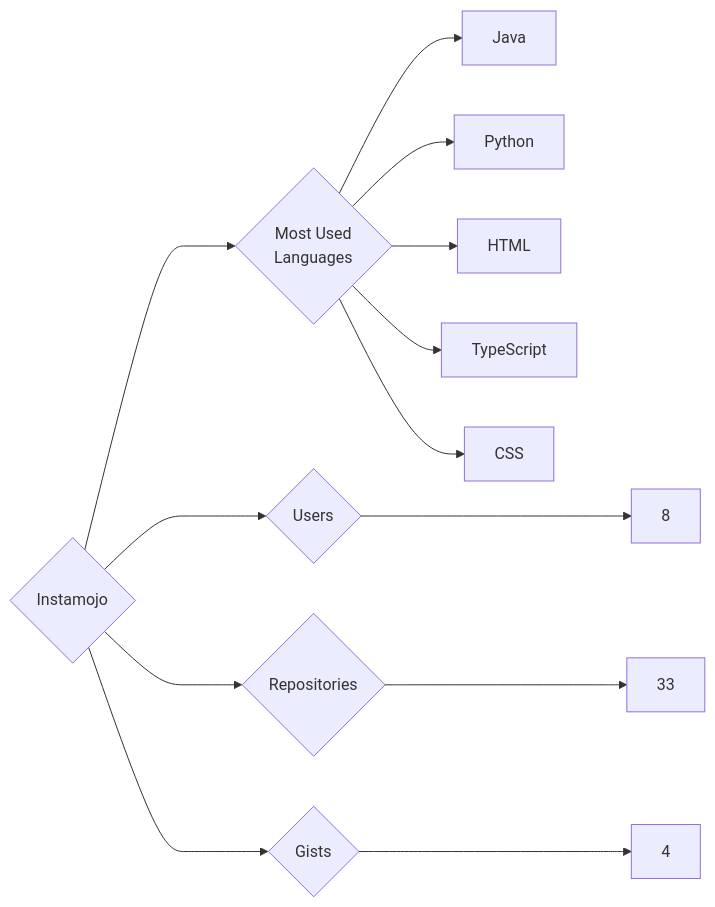
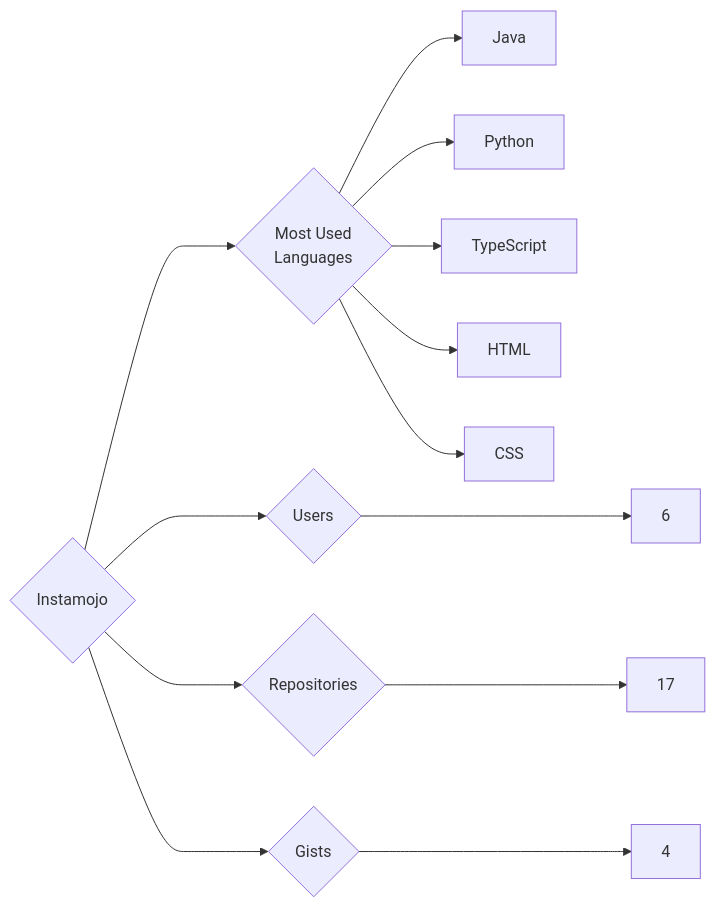
Before and after one commit to trickest/insiders: the diagram in targets/Instamojo/README.md, drawn with Mermaid. The commit also changed 1055 other files, not shown here.

````diff
--- a/targets/Instamojo/README.md
+++ b/targets/Instamojo/README.md
@@ -3,13 +3,13 @@
 ```mermaid
 graph LR
 COMPANY_NAME{Instamojo}
-COMPANY_NAME ---> U{Users} ---> UN[8]
-COMPANY_NAME ---> R{Repositories} ---> RN[33]
+COMPANY_NAME ---> U{Users} ---> UN[6]
+COMPANY_NAME ---> R{Repositories} ---> RN[17]
 COMPANY_NAME ---> G{Gists} ---> GN[4]
 COMPANY_NAME ---> ML{Most Used<br>Languages}
 ML --> Java[Java]
 ML --> Python[Python]
+ML --> TypeScript[TypeScript]
 ML --> HTML[HTML]
-ML --> TypeScript[TypeScript]
 ML --> CSS[CSS]
 ```
````
